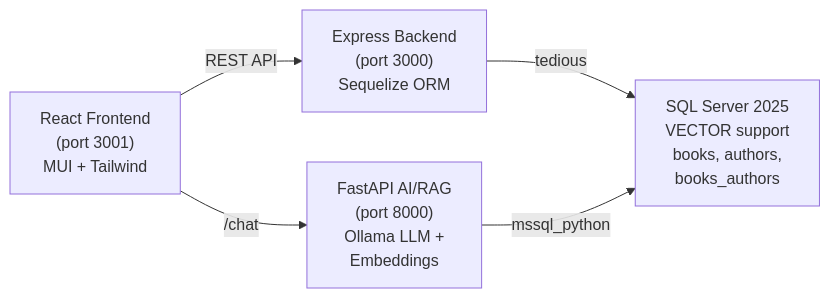
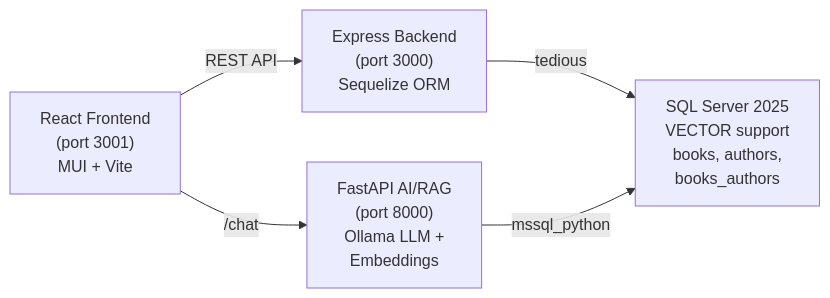
One commit to croblesm/library-app changed the first of 2 diagrams in README.md. Above: the diagram before and after it, drawn with Mermaid. The commit also changed other lines of this file and 14 other files, not shown here.

````diff
--- a/README.md
+++ b/README.md
@@ -10,7 +10,7 @@
 ```mermaid
 graph LR
-    A["React Frontend<br/>(port 3001)<br/>MUI + Tailwind"] -->|REST API| B["Express Backend<br/>(port 3000)<br/>Sequelize ORM"]
+    A["React Frontend<br/>(port 3001)<br/>MUI + Vite"] -->|REST API| B["Express Backend<br/>(port 3000)<br/>Sequelize ORM"]
     B -->|tedious| C["SQL Server 2025<br/>VECTOR support<br/>books, authors,<br/>books_authors"]
     A -->|/chat| D["FastAPI AI/RAG<br/>(port 8000)<br/>Ollama LLM +<br/>Embeddings"]
     D -->|mssql_python| C
 ```
````
